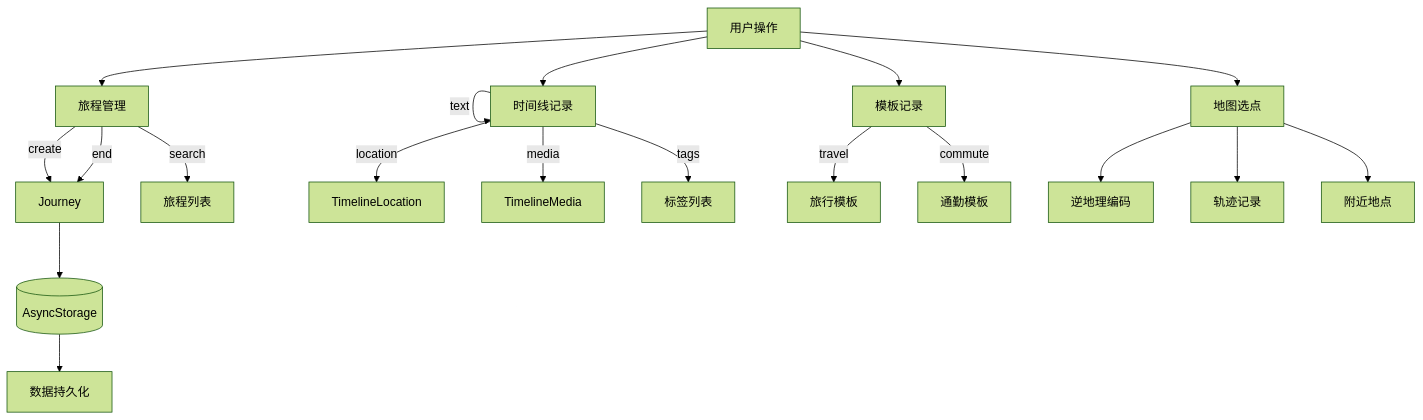
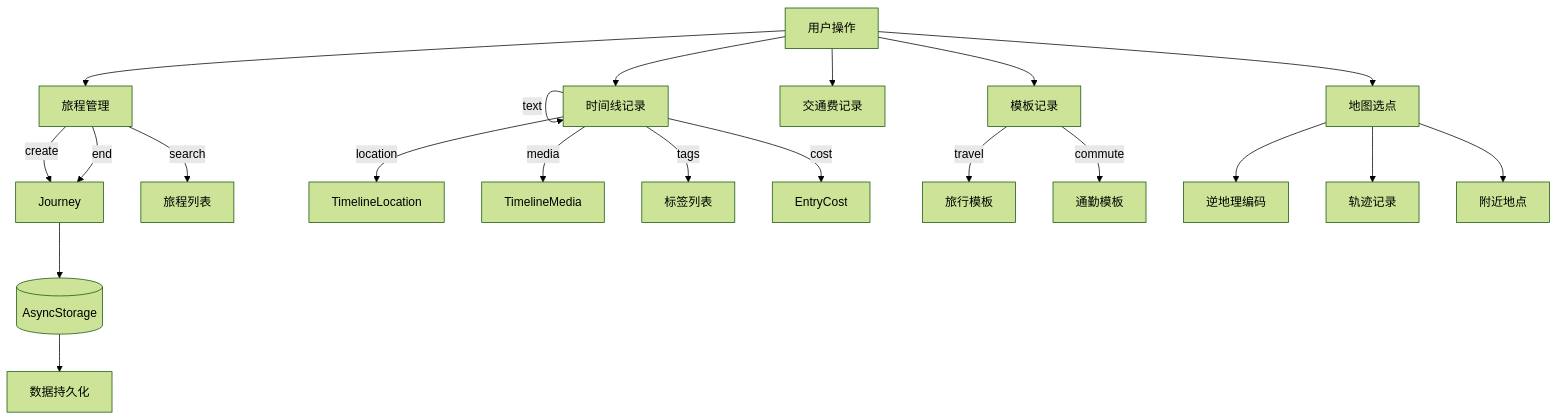
The diagram in docs/data-models.md (dsjerry/gowherer-web), drawn with Mermaid (forest theme) before and after one commit. The commit also changed other lines of this file and 18 other files, not shown here.

````diff
--- a/docs/data-models.md
+++ b/docs/data-models.md
@@ -209,26 +257,28 @@
 ```mermaid
 flowchart TD
     User[用户操作] --> JourneyMgmt[旅程管理]
     User --> TimelineEntry[时间线记录]
+    User --> Cost[交通费记录]
     User --> Template[模板记录]
     User --> Map[地图选点]
 
     JourneyMgmt -->|create| Journey[Journey]
     JourneyMgmt -->|end| Journey
     JourneyMgmt -->|search| JourneyList[旅程列表]
 
     TimelineEntry -->|text| TimelineEntry
     TimelineEntry -->|location| TimelineLocation
     TimelineEntry -->|media| TimelineMedia
     TimelineEntry -->|tags| TagList[标签列表]
+    TimelineEntry -->|cost| EntryCost
 
     Template -->|travel| TravelTemplate[旅行模板]
     Template -->|commute| CommuteTemplate[通勤模板]
 
     Map --> ReverseGeocode[逆地理编码]
     Map --> Track[轨迹记录]
     Map --> Nearby[附近地点]
 
     Journey --> Storage[(AsyncStorage)]
     Storage --> Persistence[数据持久化]
 ```
````
